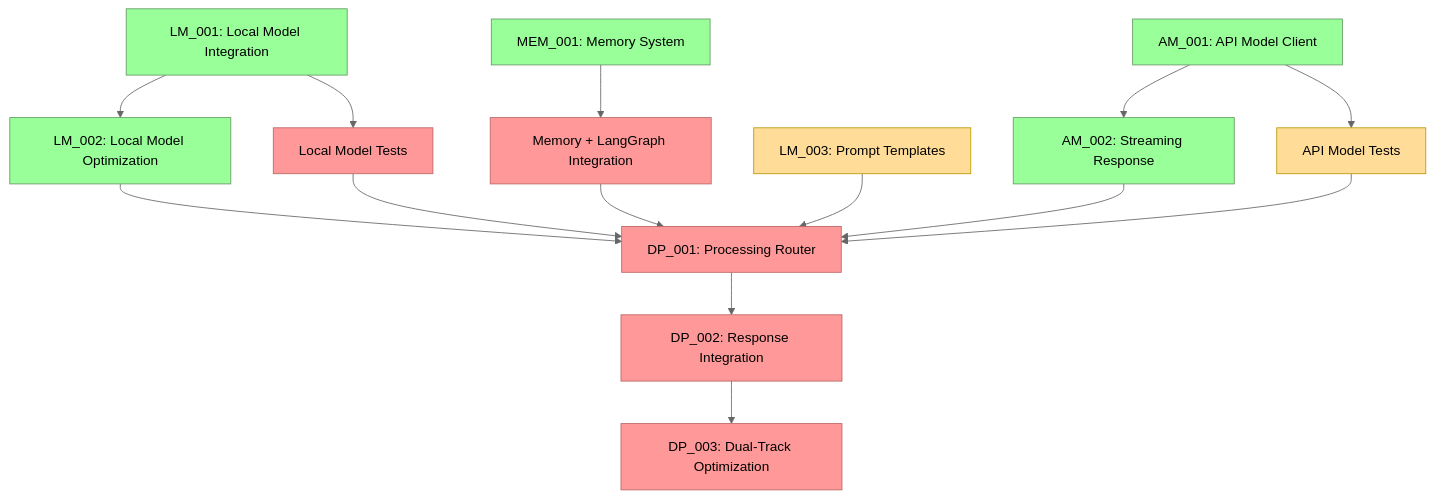
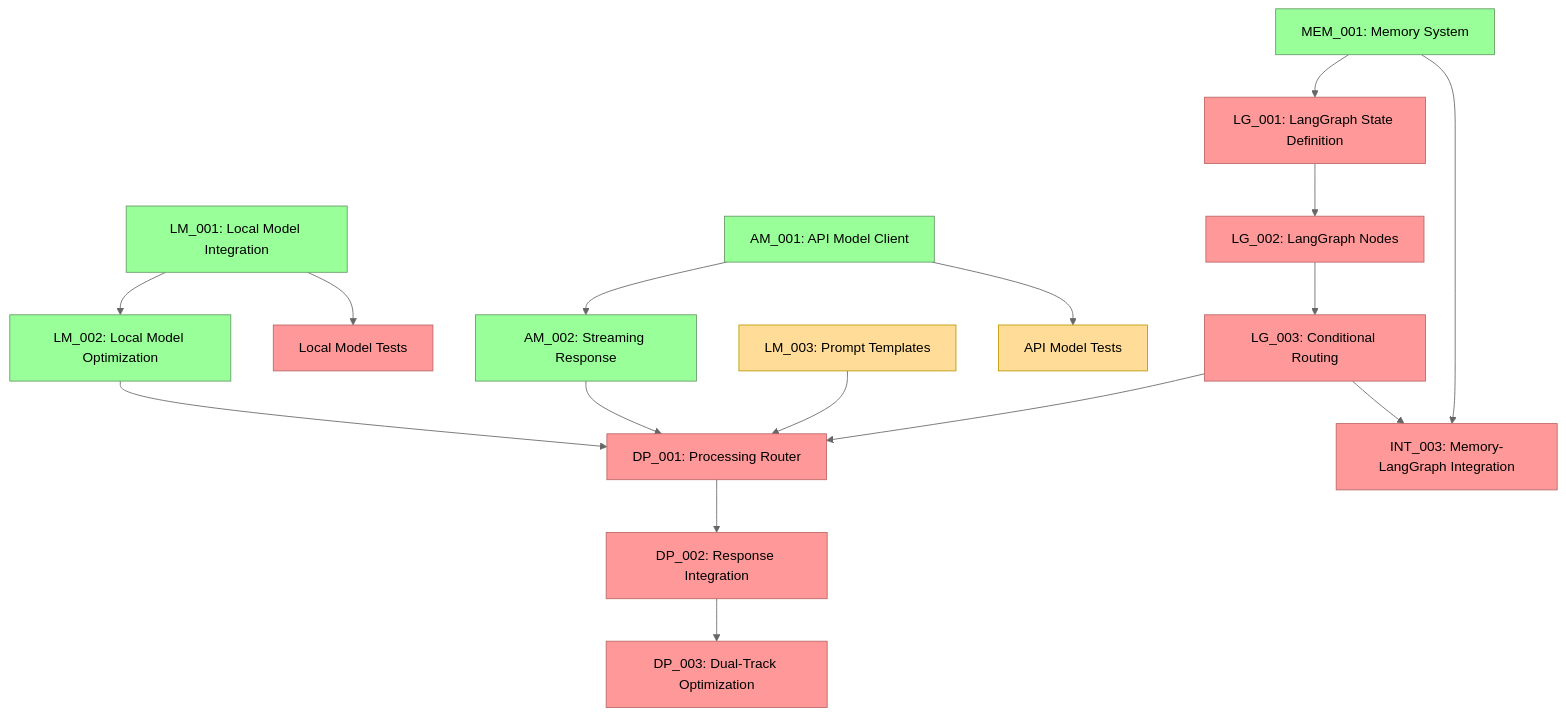
One commit to vigil-313/VANTA-ALPHA changed the diagram in SESSION_STATE.md. Above: the diagram before and after it, drawn with Mermaid (neutral theme). The commit also changed other lines of this file and 1 other file, not shown here.

````diff
--- a/SESSION_STATE.md
+++ b/SESSION_STATE.md
@@ -252,33 +251,35 @@
 ```mermaid
 graph TD
     %% Core Components with Status
     LM001[LM_001: Local Model Integration] --> LM002[LM_002: Local Model Optimization]
-    LM002 --> DP001[DP_001: Processing Router]
     
     AM001[AM_001: API Model Client] --> AM002[AM_002: Streaming Response]
-    AM002 --> DP001
     
-    MEM001[MEM_001: Memory System] --> MEMLG[Memory + LangGraph Integration]
-    MEMLG --> DP001
+    MEM001[MEM_001: Memory System] --> LG001[LG_001: LangGraph State Definition]
+    LG001 --> LG002[LG_002: LangGraph Nodes]
+    LG002 --> LG003[LG_003: Conditional Routing]
+    
+    LM002 & AM002 & LG003 --> DP001[DP_001: Processing Router]
     
     LM003[LM_003: Prompt Templates] --> DP001
     
     %% Integration path
     DP001 --> DP002[DP_002: Response Integration]
     DP002 --> DP003[DP_003: Dual-Track Optimization]
     
+    %% Memory-LangGraph Integration
+    LG003 & MEM001 --> INT003[INT_003: Memory-LangGraph Integration]
+    
     %% Testing
     LM001 --> LMTest[Local Model Tests]
     AM001 --> AMTest[API Model Tests]
-    LMTest --> DP001
-    AMTest --> DP001
     
     %% Status styling
     classDef completed fill:#9f9,stroke:#696,stroke-width:1px
     classDef inprogress fill:#fd9,stroke:#b90,stroke-width:1px
     classDef notstarted fill:#f99,stroke:#b66,stroke-width:1px
     
     class LM001,AM001,MEM001,LM002,AM002 completed
     class LM003,AMTest inprogress
-    class MEMLG,LMTest,DP001,DP002,DP003 notstarted
+    class LG001,LG002,LG003,INT003,LMTest,DP001,DP002,DP003 notstarted
 ```
````
